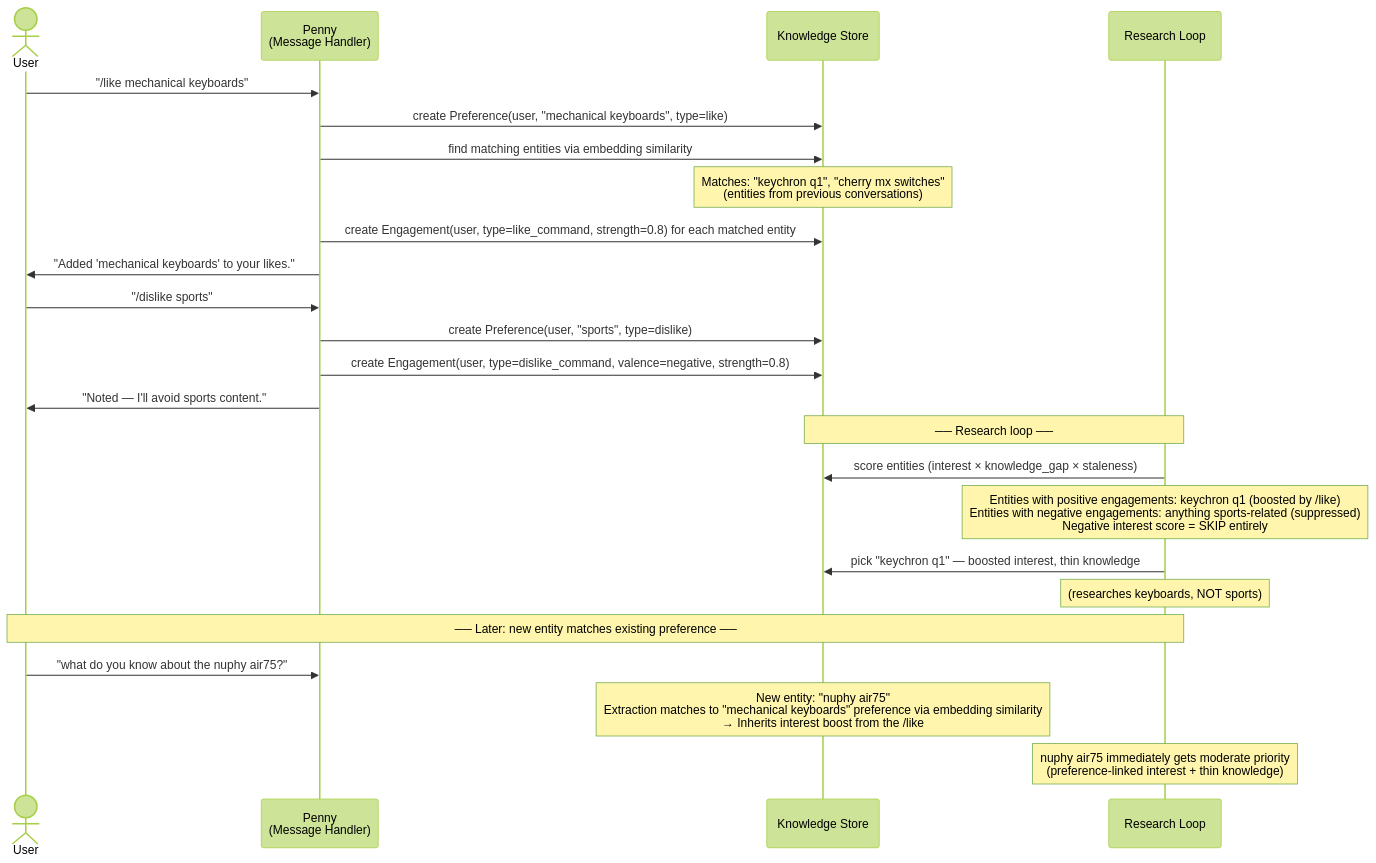
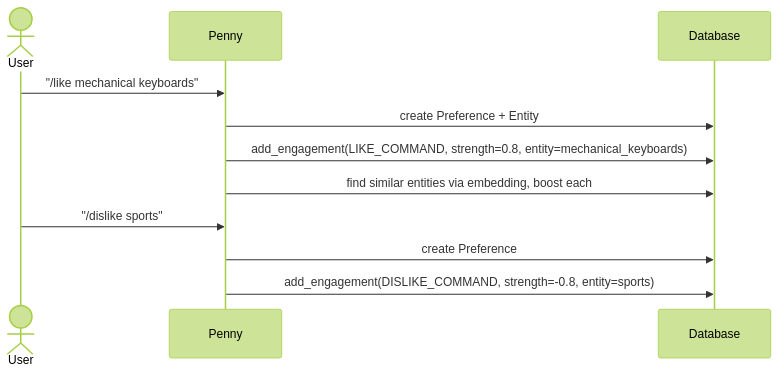
One commit to jaredlockhart/penny changed the eighth of 11 diagrams in docs/knowledge-system-flows.md. Above: the diagram before and after it, drawn with Mermaid (forest theme). The commit also changed other lines of this file and 1 other file, not shown here.

First line of the commit message:
Knowledge system v2 design docs (#324)

````diff
--- a/docs/knowledge-system-flows.md
+++ b/docs/knowledge-system-flows.md
@@ -280,32 +117,15 @@
 ```mermaid
 sequenceDiagram
     actor User
-    participant Penny as Penny<br/>(Message Handler)
-    participant DB as Knowledge Store
-    participant Research as Research Loop
+    participant Penny
+    participant DB as Database
 
     User->>Penny: "/like mechanical keyboards"
-    Penny->>DB: create Preference(user, "mechanical keyboards", type=like)
-    Penny->>DB: find matching entities via embedding similarity
-    Note over DB: Matches: "keychron q1", "cherry mx switches"<br/>(entities from previous conversations)
-    Penny->>DB: create Engagement(user, type=like_command, strength=0.8) for each matched entity
-    Penny->>User: "Added 'mechanical keyboards' to your likes."
+    Penny->>DB: create Preference + Entity
+    Penny->>DB: add_engagement(LIKE_COMMAND, strength=0.8, entity=mechanical_keyboards)
+    Penny->>DB: find similar entities via embedding, boost each
 
     User->>Penny: "/dislike sports"
-    Penny->>DB: create Preference(user, "sports", type=dislike)
-    Penny->>DB: create Engagement(user, type=dislike_command, valence=negative, strength=0.8)
-    Penny->>User: "Noted — I'll avoid sports content."
-
-    Note over Research,DB: ── Research loop ──
-
-    Research->>DB: score entities (interest × knowledge_gap × staleness)
-    Note over Research: Entities with positive engagements: keychron q1 (boosted by /like)<br/>Entities with negative engagements: anything sports-related (suppressed)<br/>Negative interest score = SKIP entirely
-    Research->>DB: pick "keychron q1" — boosted interest, thin knowledge
-    Note over Research: (researches keyboards, NOT sports)
-
-    Note over User,Research: ── Later: new entity matches existing preference ──
-
-    User->>Penny: "what do you know about the nuphy air75?"
-    Note over DB: New entity: "nuphy air75"<br/>Extraction matches to "mechanical keyboards" preference via embedding similarity<br/>→ Inherits interest boost from the /like
-    Note over Research: nuphy air75 immediately gets moderate priority<br/>(preference-linked interest + thin knowledge)
+    Penny->>DB: create Preference
+    Penny->>DB: add_engagement(DISLIKE_COMMAND, strength=-0.8, entity=sports)
 ```
````
